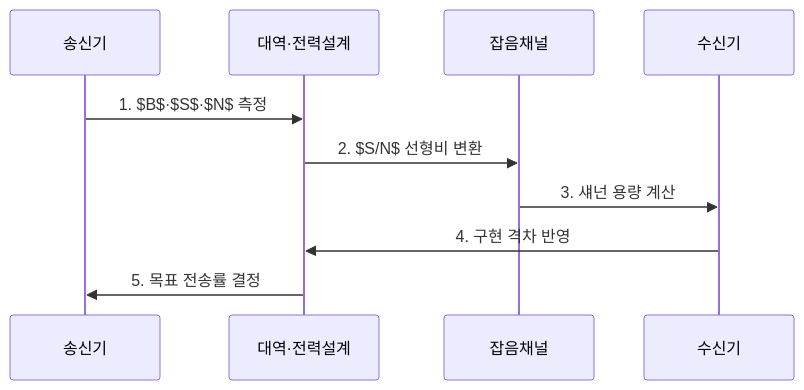
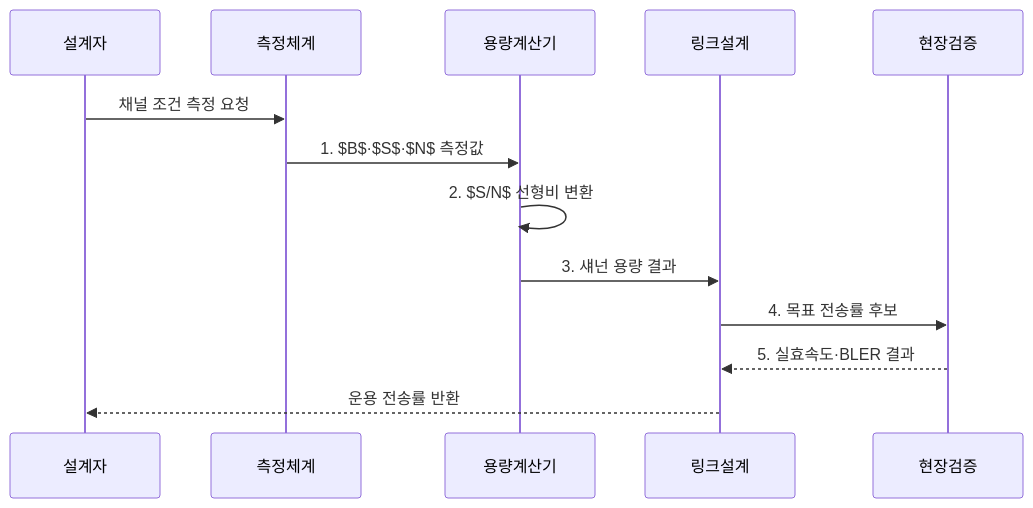
The second of 2 diagrams in src/content/docs/notes/04-network/065_shannon_channel_capacity.md (agnusdei1207/knowledge-base), drawn with Mermaid before and after one commit. The commit also changed other lines of this file and 20 other files, not shown here.

````diff
--- a/src/content/docs/notes/04-network/065_shannon_channel_capacity.md
+++ b/src/content/docs/notes/04-network/065_shannon_channel_capacity.md
@@ -90,12 +93,15 @@
 ```mermaid
 sequenceDiagram
-    participant 송신기
-    participant 대역·전력설계
-    participant 잡음채널
-    participant 수신기
-    송신기->>대역·전력설계: 1. $B$·$S$·$N$ 측정
-    대역·전력설계->>잡음채널: 2. $S/N$ 선형비 변환
-    잡음채널->>수신기: 3. 섀넌 용량 계산
-    수신기->>대역·전력설계: 4. 구현 격차 반영
-    대역·전력설계->>송신기: 5. 목표 전송률 결정
+    participant 설계자
+    participant 측정체계
+    participant 용량계산기
+    participant 링크설계
+    participant 현장검증
+    설계자->>측정체계: 채널 조건 측정 요청
+    측정체계->>용량계산기: 1. $B$·$S$·$N$ 측정값
+    용량계산기->>용량계산기: 2. $S/N$ 선형비 변환
+    용량계산기->>링크설계: 3. 섀넌 용량 결과
+    링크설계->>현장검증: 4. 목표 전송률 후보
+    현장검증-->>링크설계: 5. 실효속도·BLER 결과
+    링크설계-->>설계자: 운용 전송률 반환
 ```
````
